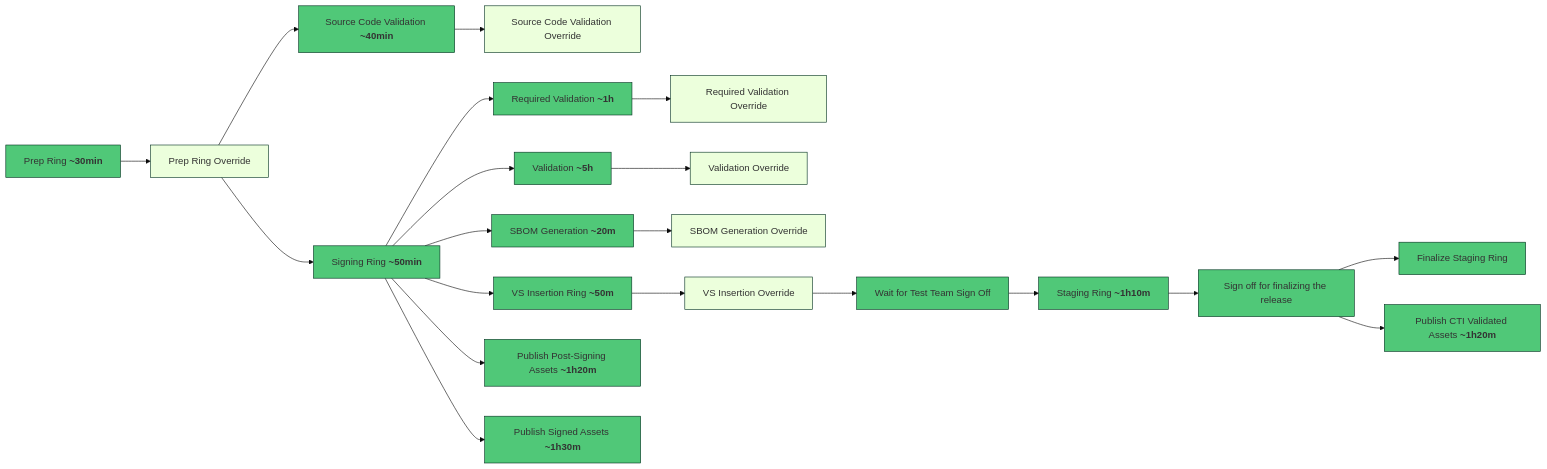
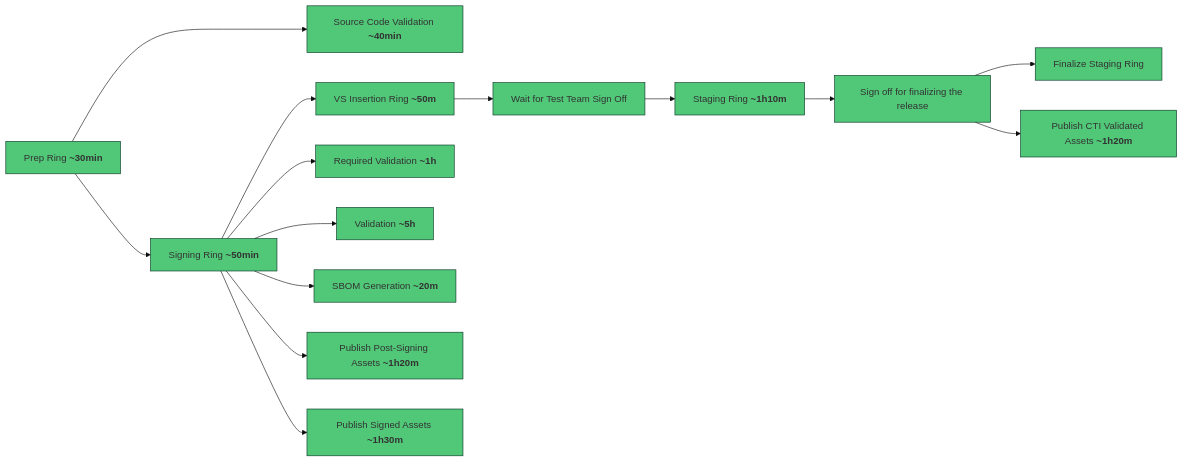
One commit to dotnet/arcade changed the second of 2 diagrams in Documentation/TeamProcess/One-Pagers/bcm-emergency-staging-pipeline-optimizations-12261.md. Above: the diagram before and after it, drawn with Mermaid (base theme). The commit also changed other lines of this file, not shown here.

````diff
--- a/Documentation/TeamProcess/One-Pagers/bcm-emergency-staging-pipeline-optimizations-12261.md
+++ b/Documentation/TeamProcess/One-Pagers/bcm-emergency-staging-pipeline-optimizations-12261.md
@@ -45,25 +45,17 @@
 ```mermaid
 flowchart LR
-  prep["Prep Ring <b>~30min</b>"] --> prep_override[Prep Ring Override]
-  prep_override --> signing["Signing Ring <b>~50min</b>"]
-  prep_override --> source_code_validation["Source Code Validation <b>~40min</b>"]
-  source_code_validation --> source_code_validation_override[Source Code Validation Override]
+  prep["Prep Ring <b>~30min</b>"] --> signing["Signing Ring <b>~50min</b>"]
+  prep ---> source_code_validation["Source Code Validation <b>~40min</b>"]
   signing --> vs_insertion["VS Insertion Ring <b>~50m</b>"]
   signing --> required_validation["Required Validation <b>~1h</b>"]
-  required_validation --> required_validation_override[Required Validation Override]
   signing --> validation["Validation <b>~5h</b>"]
-  validation --> validation_override[Validation Override]
   signing --> sbom_generation["SBOM Generation <b>~20m</b>"]
-  sbom_generation --> sbom_generation_override[SBOM Generation Override]
   signing --> publishing_v3_signed["Publish Post-Signing Assets <b>~1h20m</b>"]
   signing --> post_signing_publishing["Publish Signed Assets <b>~1h30m</b>"]
-  vs_insertion --> vs_insertion_override[VS Insertion Override]
-  vs_insertion_override --> cti_sign_off[Wait for Test Team Sign Off]
+  vs_insertion --> cti_sign_off[Wait for Test Team Sign Off]
   cti_sign_off --> staging["Staging Ring <b>~1h10m</b>"]
   staging --> finalize_sign_off[Sign off for finalizing the release]
   finalize_sign_off --> finalize_staging[Finalize Staging Ring]
   finalize_sign_off --> publishing_v3_validated["Publish CTI Validated Assets <b>~1h20m</b>"]
   classDef default fill:#50C878, stroke:#023020;
-  classDef Override fill:#ECFFDC, stroke:#023020;
-  class prep_override,source_code_validation_override,required_validation_override,sbom_generation_override,vs_insertion_override,validation_override Override;
 ```
````
